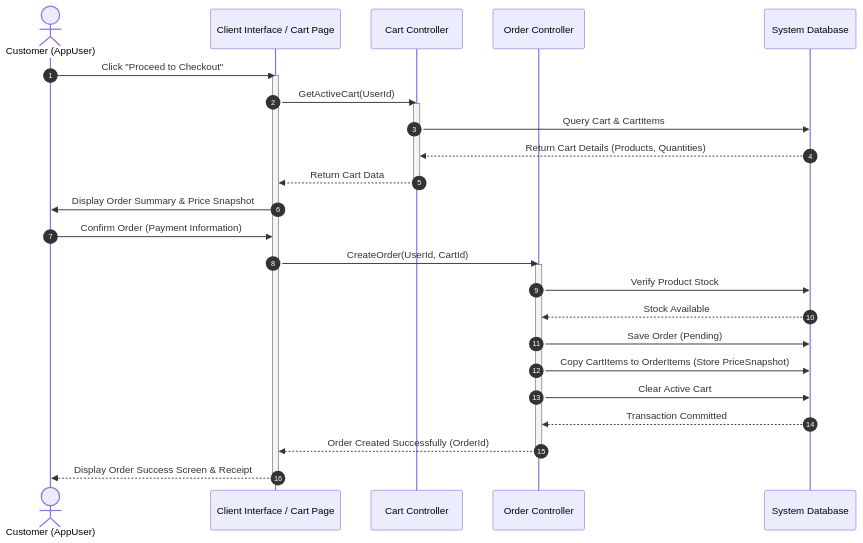
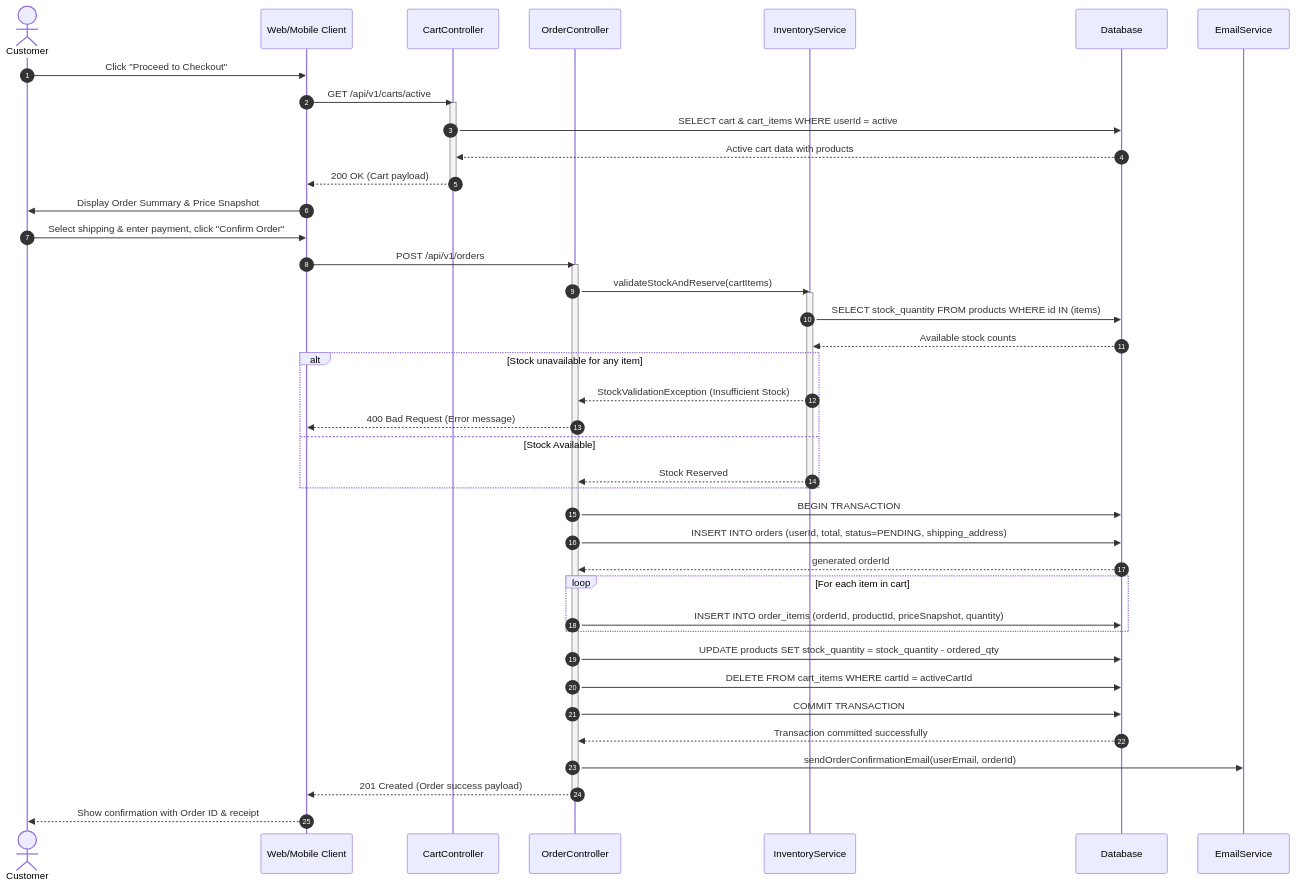
Before and after one commit to hananabedalkareemabololy/RuqiStore-Documentation: the first of 5 diagrams in Final Project Sample/07-uml-behavioral.md, drawn with Mermaid. The commit also changed other lines of this file, not shown here.

````diff
--- a/Final Project Sample/07-uml-behavioral.md
+++ b/Final Project Sample/07-uml-behavioral.md
@@ -16,41 +7,60 @@
 ```mermaid
 sequenceDiagram
     autonumber
+    actor C as Customer
+    participant UI as Web/Mobile Client
+    participant CC as CartController
+    participant OC as OrderController
+    participant IS as InventoryService
+    participant DB as Database
+    participant ES as EmailService
 
-    actor Customer as Customer (AppUser)
-    participant UI as Client Interface / Cart Page
-    participant CartCtrl as Cart Controller
-    participant OrderCtrl as Order Controller
-    participant DB as System Database
+    C->>UI: Click "Proceed to Checkout"
+    UI->>CC: GET /api/v1/carts/active
+    activate CC
+    CC->>DB: SELECT cart & cart_items WHERE userId = active
+    DB-->>CC: Active cart data with products
+    CC-->>UI: 200 OK (Cart payload)
+    deactivate CC
 
-    Customer->>UI: Click "Proceed to Checkout"
-    activate UI
+    UI->>C: Display Order Summary & Price Snapshot
+    C->>UI: Select shipping & enter payment, click "Confirm Order"
 
-    UI->>CartCtrl: GetActiveCart(UserId)
-    activate CartCtrl
+    UI->>OC: POST /api/v1/orders
+    activate OC
 
-    CartCtrl->>DB: Query Cart & CartItems
-    DB-->>CartCtrl: Return Cart Details (Products, Quantities)
-    CartCtrl-->>UI: Return Cart Data
-    deactivate CartCtrl
+    OC->>IS: validateStockAndReserve(cartItems)
+    activate IS
 
-    UI->>Customer: Display Order Summary & Price Snapshot
-    Customer->>UI: Confirm Order (Payment Information)
+    IS->>DB: SELECT stock_quantity FROM products WHERE id IN (items)
+    DB-->>IS: Available stock counts
 
-    UI->>OrderCtrl: CreateOrder(UserId, CartId)
-    activate OrderCtrl
+    alt Stock unavailable for any item
+        IS-->>OC: StockValidationException (Insufficient Stock)
+        OC-->>UI: 400 Bad Request (Error message)
+    else Stock Available
+        IS-->>OC: Stock Reserved
+    end
 
-    OrderCtrl->>DB: Verify Product Stock
-    DB-->>OrderCtrl: Stock Available
+    deactivate IS
 
-    OrderCtrl->>DB: Save Order (Pending)
-    OrderCtrl->>DB: Copy CartItems to OrderItems (Store PriceSnapshot)
-    OrderCtrl->>DB: Clear Active Cart
-    DB-->>OrderCtrl: Transaction Committed
+    OC->>DB: BEGIN TRANSACTION
+    OC->>DB: INSERT INTO orders (userId, total, status=PENDING, shipping_address)
+    DB-->>OC: generated orderId
 
-    OrderCtrl-->>UI: Order Created Successfully (OrderId)
-    deactivate OrderCtrl
+    loop For each item in cart
+        OC->>DB: INSERT INTO order_items (orderId, productId, priceSnapshot, quantity)
+    end
 
-    UI-->>Customer: Display Order Success Screen & Receipt
-    deactivate UI
+    OC->>DB: UPDATE products SET stock_quantity = stock_quantity - ordered_qty
+    OC->>DB: DELETE FROM cart_items WHERE cartId = activeCartId
+    OC->>DB: COMMIT TRANSACTION
+    DB-->>OC: Transaction committed successfully
+
+    OC->>ES: sendOrderConfirmationEmail(userEmail, orderId)
+
+    OC-->>UI: 201 Created (Order success payload)
+    deactivate OC
+
+    UI-->>C: Show confirmation with Order ID & receipt
 ```
````
